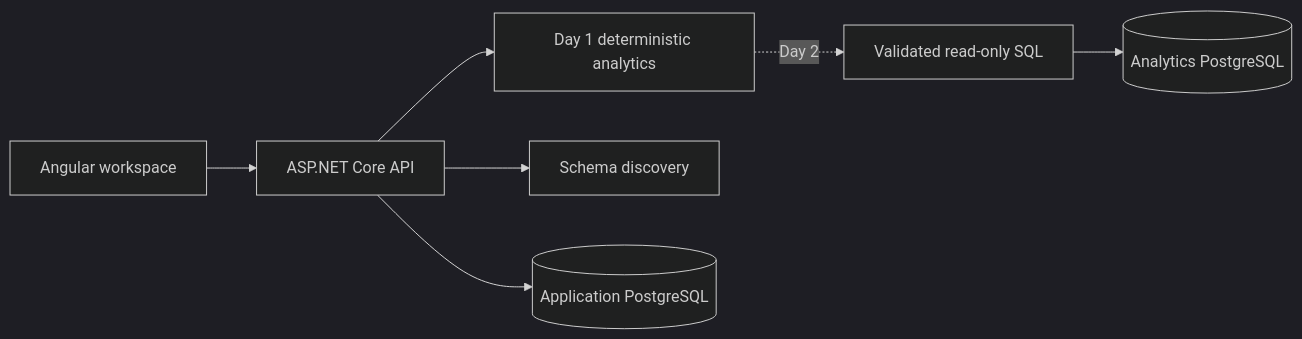
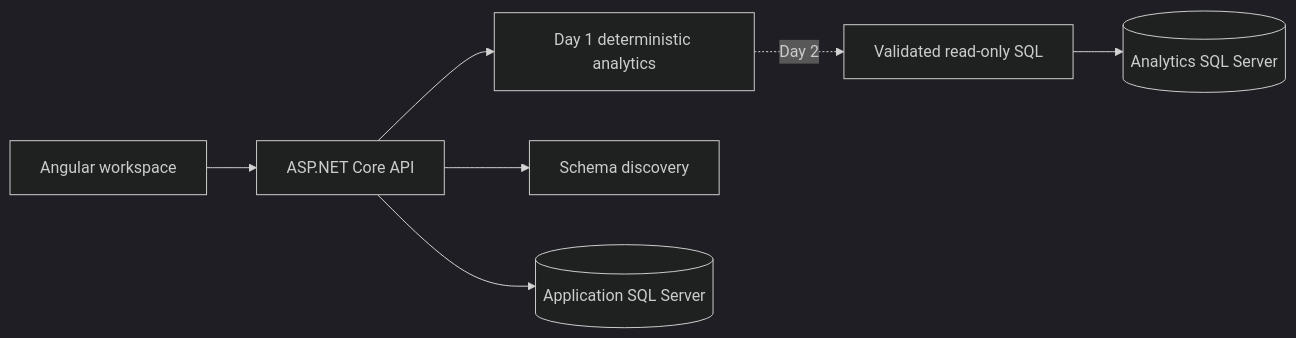
The diagram in docs/architecture.md (sakthere/QueryMind), drawn with Mermaid (dark theme) before and after one commit. The commit also changed other lines of this file and 10 other files, not shown here.

Commit message:
feat: migrate Day 1 data foundation to SQL Server

````diff
--- a/docs/architecture.md
+++ b/docs/architecture.md
@@ -5,9 +5,9 @@
 ```mermaid
 flowchart LR
  UI[Angular workspace] --> API[ASP.NET Core API]
  API --> D[Day 1 deterministic analytics]
  API --> S[Schema discovery]
  D -. Day 2 .-> Q[Validated read-only SQL]
- Q --> A[(Analytics PostgreSQL)]
- API --> APP[(Application PostgreSQL)]
+ Q --> A[(Analytics SQL Server)]
+ API --> APP[(Application SQL Server)]
 ```
````
